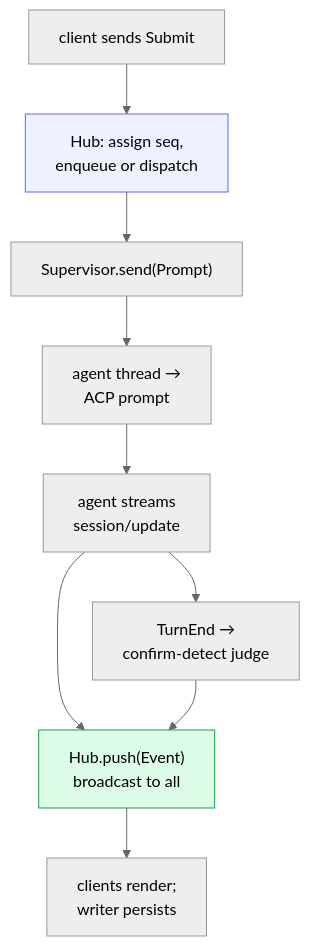
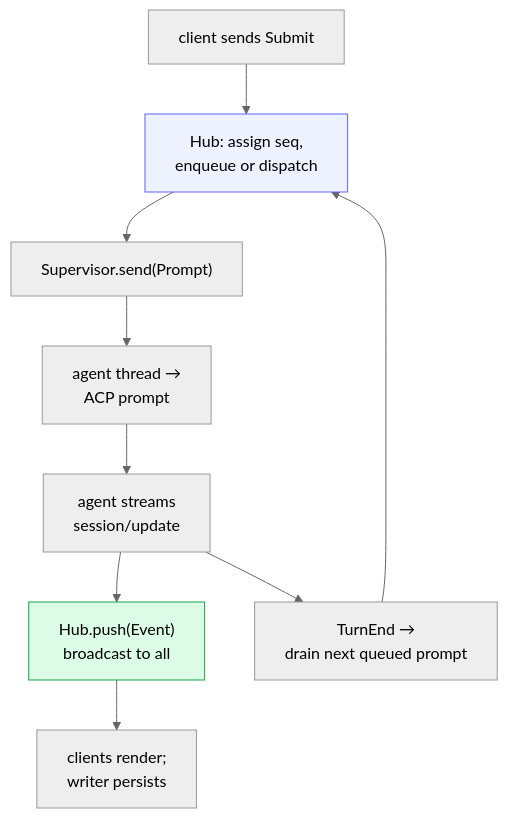
The second of 2 diagrams in docs/architecture/00-overview.md (dravengarden/cowboy), drawn with Mermaid (neutral theme) before and after one commit. The commit also changed other lines of this file and 48 other files, not shown here.

````diff
--- a/docs/architecture/00-overview.md
+++ b/docs/architecture/00-overview.md
@@ -83,14 +82,14 @@
 ```mermaid
 flowchart TB
     A["client sends Submit"] --> B["Hub: assign seq,<br/>enqueue or dispatch"]
     B --> C["Supervisor.send(Prompt)"]
     C --> D["agent thread →<br/>ACP prompt"]
     D --> E["agent streams<br/>session/update"]
     E --> F["Hub.push(Event)<br/>broadcast to all"]
     F --> G["clients render;<br/>writer persists"]
-    E --> H["TurnEnd →<br/>confirm-detect judge"]
-    H --> F
+    E --> H["TurnEnd →<br/>drain next queued prompt"]
+    H --> B
 
     style B fill:#eef2ff,stroke:#6366f1
     style F fill:#dcfce7,stroke:#16a34a
 ```
````
